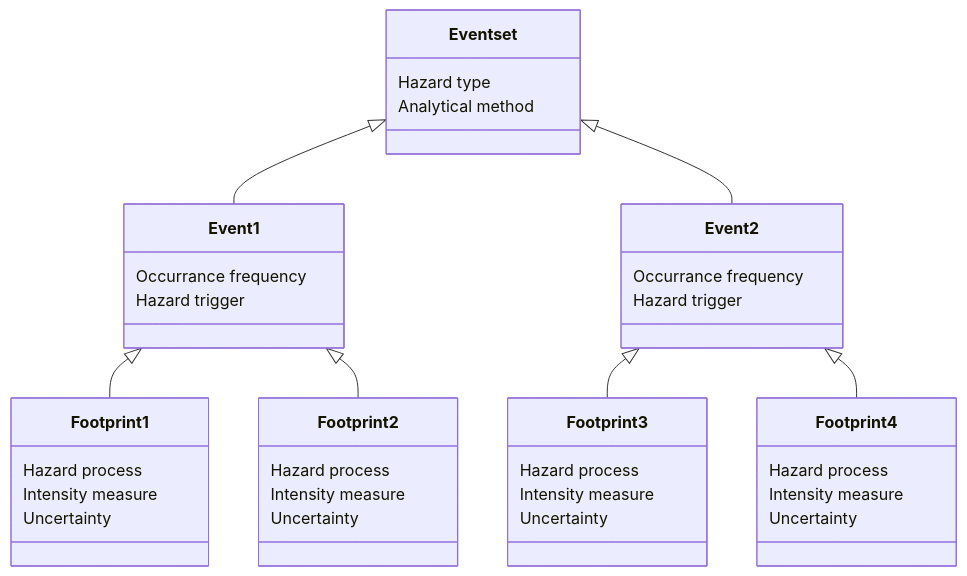
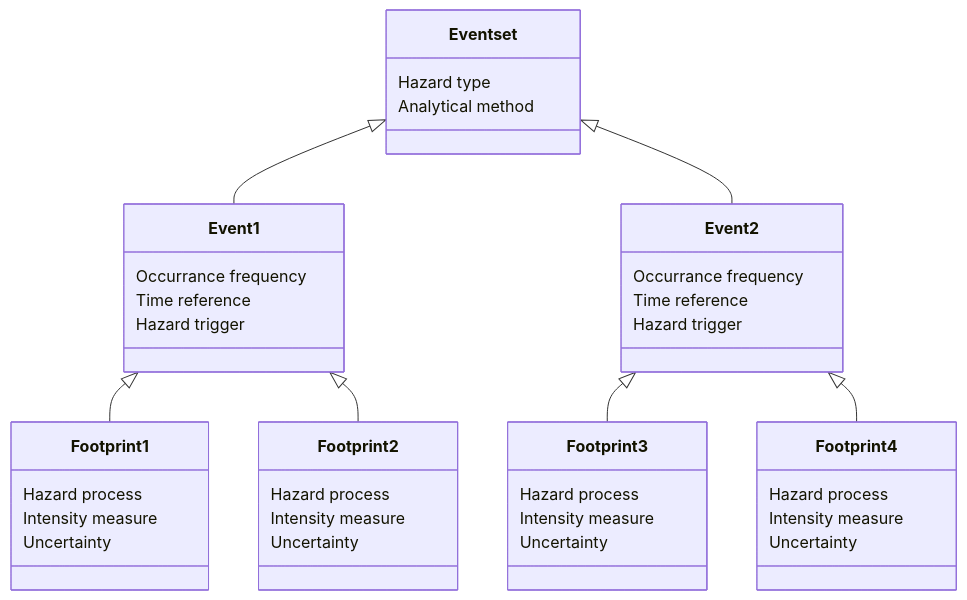
Before and after one commit to GFDRR/rdl-docs: the diagram in docs/hazard.md, drawn with Mermaid.

````diff
--- a/docs/hazard.md
+++ b/docs/hazard.md
@@ -5,39 +5,41 @@
 ```mermaid
 classDiagram
     Event set <|-- Event1
     Event set <|-- Event2
     Event set: Hazard type
     Event set: Analytical method
     class Event1{
       Occurrance frequency
+      Time reference
       Hazard trigger
     }
     class Event2{
       Occurrance frequency
+      Time reference
       Hazard trigger
     }
     Event1 <|-- Footprint1
     Event1 <|-- Footprint2
     Event2 <|-- Footprint3
     Event2 <|-- Footprint4
     class Footprint1{
       Hazard process
       Intensity measure
       Uncertainty
     }
     class Footprint2{
       Hazard process
       Intensity measure
       Uncertainty
     }
     class Footprint3{
       Hazard process
       Intensity measure
       Uncertainty
     }
     class Footprint4{
       Hazard process
       Intensity measure
       Uncertainty
     }
 ```
````
